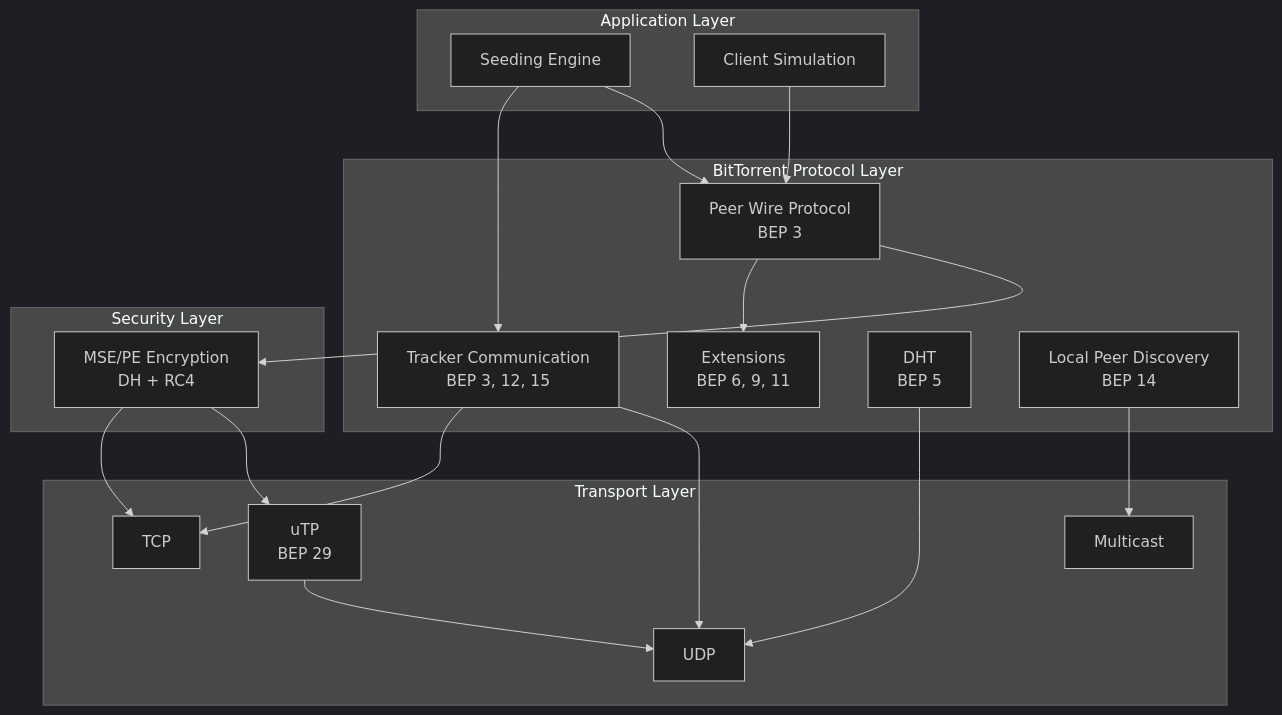
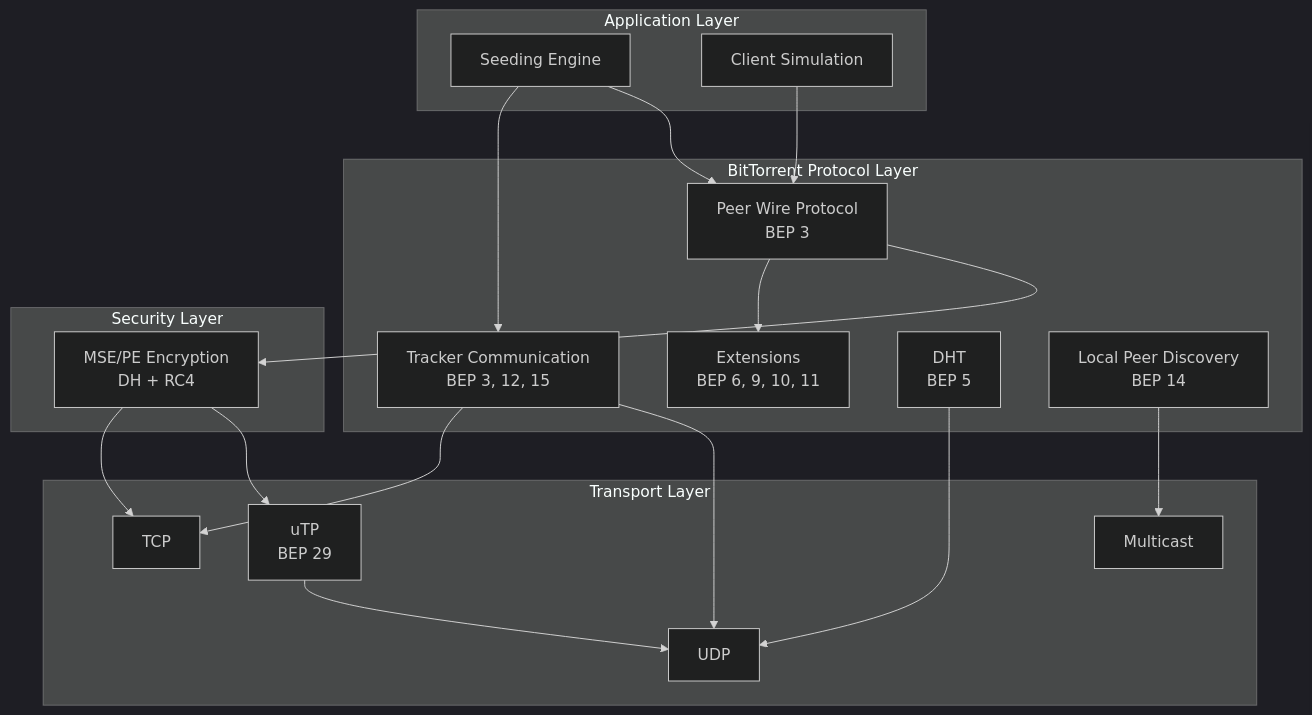
Before and after one commit to dmzoneill/Seedarr: the first of 8 diagrams in docs/protocols.md, drawn with Mermaid (dark theme). The commit also changed other lines of this file and 6 other files, not shown here.

````diff
--- a/docs/protocols.md
+++ b/docs/protocols.md
@@ -5,39 +5,39 @@
 ```mermaid
 graph TB
     subgraph "Application Layer"
         SEED[Seeding Engine]
         SIM[Client Simulation]
     end
 
     subgraph "BitTorrent Protocol Layer"
         TRACK[Tracker Communication<br/>BEP 3, 12, 15]
         PEER[Peer Wire Protocol<br/>BEP 3]
-        EXT[Extensions<br/>BEP 6, 9, 11]
+        EXT[Extensions<br/>BEP 6, 9, 10, 11]
         DHT_P[DHT<br/>BEP 5]
         LPD_P[Local Peer Discovery<br/>BEP 14]
     end
 
     subgraph "Security Layer"
         MSE[MSE/PE Encryption<br/>DH + RC4]
     end
 
     subgraph "Transport Layer"
         TCP[TCP]
         UTP_P[uTP<br/>BEP 29]
         UDP[UDP]
         MCAST[Multicast]
     end
 
     SEED --> TRACK
     SEED --> PEER
     SIM --> PEER
     PEER --> EXT
     PEER --> MSE
     MSE --> TCP
     MSE --> UTP_P
     TRACK --> TCP
     TRACK --> UDP
     DHT_P --> UDP
     LPD_P --> MCAST
     UTP_P --> UDP
 ```
````
